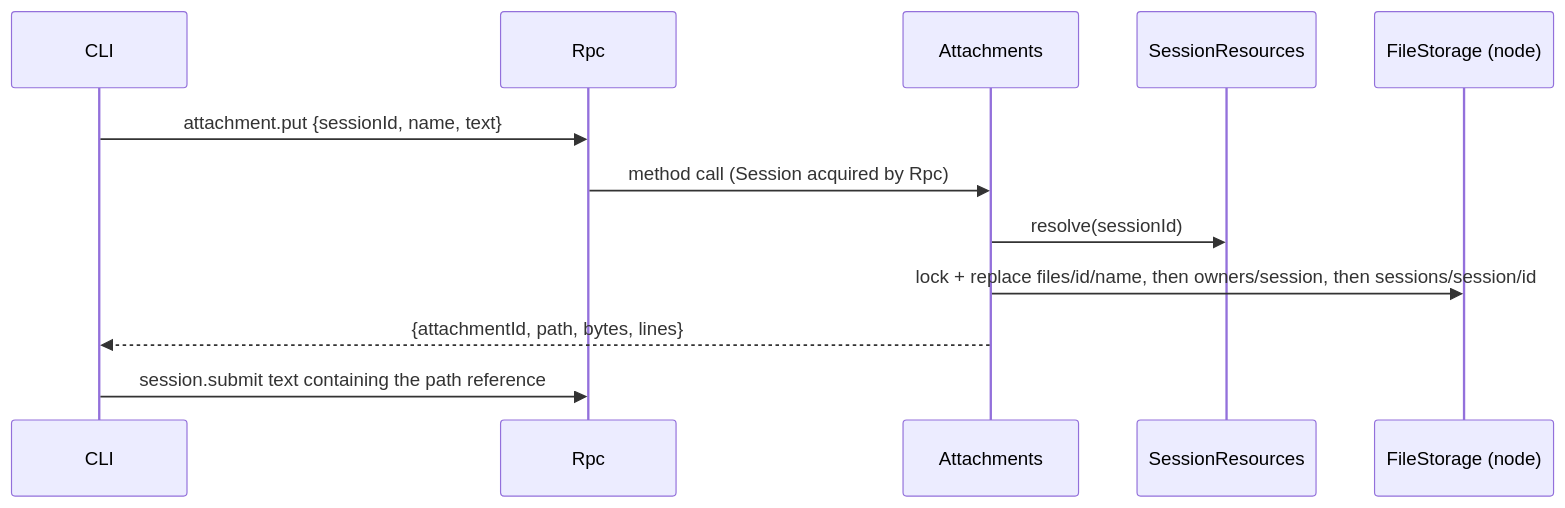
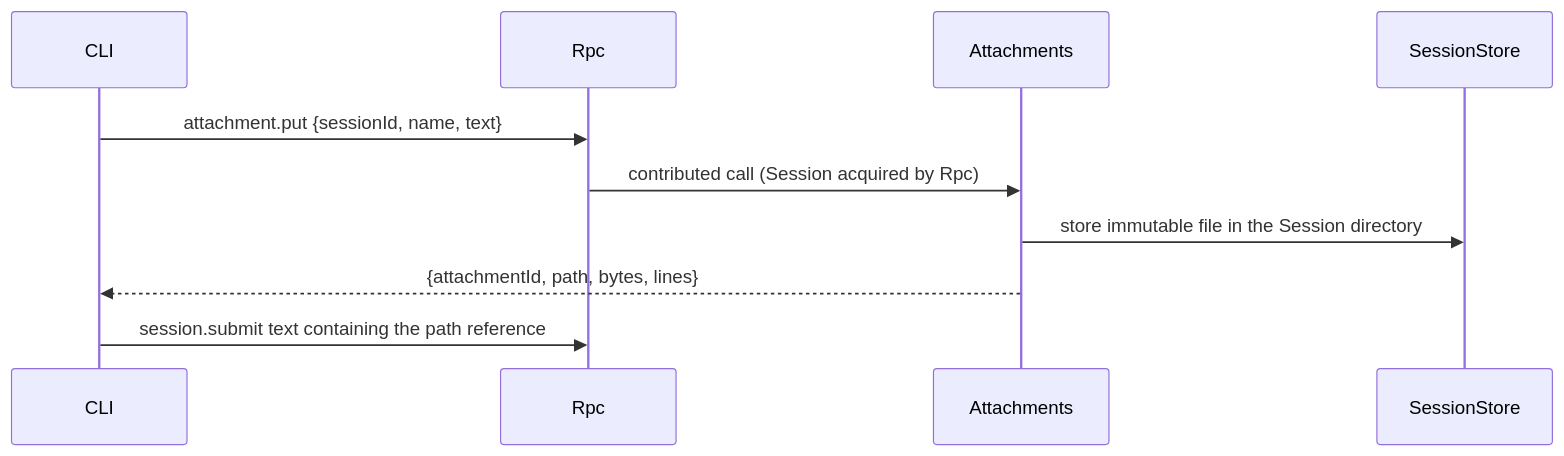
One commit to CoutinhoTTS/dim-agent changed the fourth of 4 diagrams in docs/design/plugins/Attachments.md. Above: the diagram before and after it, drawn with Mermaid. The commit also changed other lines of this file and 3 other files, not shown here.

````diff
--- a/docs/design/plugins/Attachments.md
+++ b/docs/design/plugins/Attachments.md
@@ -100,14 +78,12 @@
 ```mermaid
 sequenceDiagram
   participant C as CLI
   participant R as Rpc
   participant A as Attachments
-  participant SR as SessionResources
-  participant FS as FileStorage (node)
+  participant SS as SessionStore
   C->>R: attachment.put {sessionId, name, text}
-  R->>A: method call (Session acquired by Rpc)
-  A->>SR: resolve(sessionId)
-  A->>FS: lock + replace files/id/name, then owners/session, then sessions/session/id
+  R->>A: contributed call (Session acquired by Rpc)
+  A->>SS: store immutable file in the Session directory
   A-->>C: {attachmentId, path, bytes, lines}
   C->>R: session.submit text containing the path reference
 ```
````
